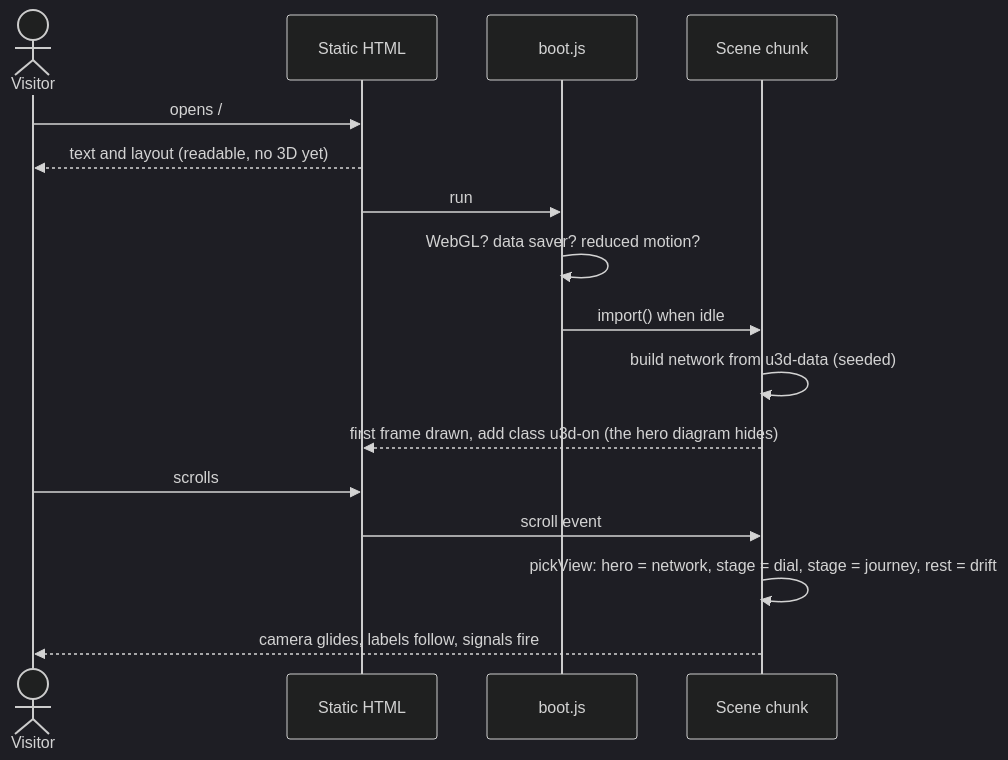
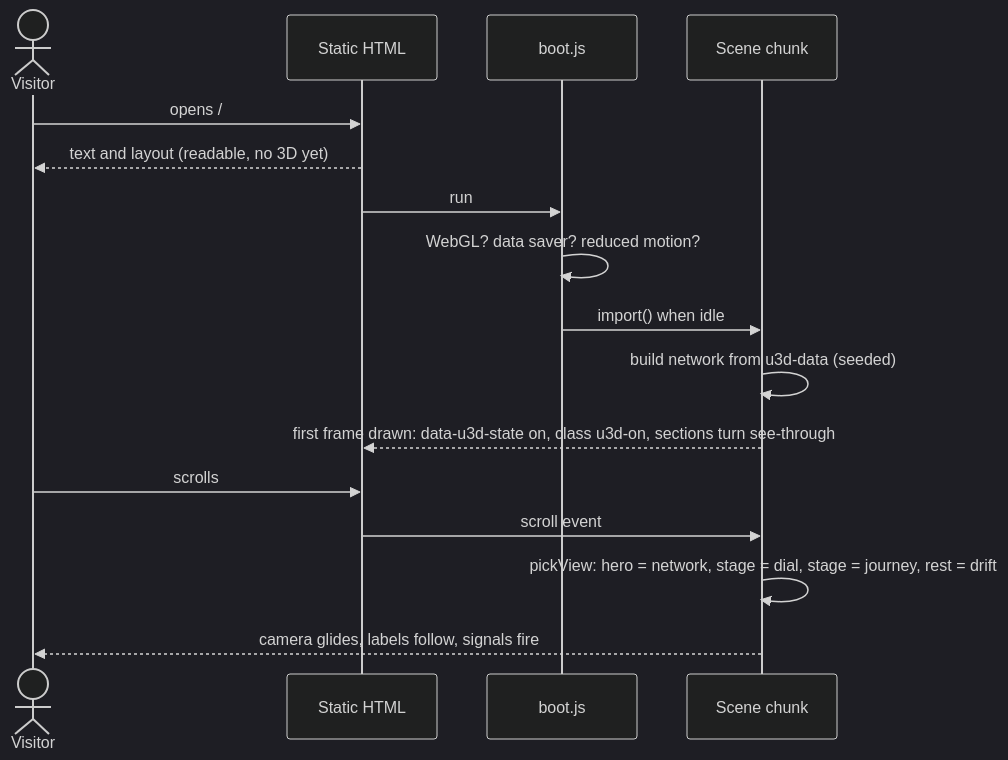
Before and after one commit to TechNaom/technaom.github.io: the third of 3 diagrams in docs/orbit/architecture.md, drawn with Mermaid (dark theme). The commit also changed other lines of this file and 3 other files, not shown here.

````diff
--- a/docs/orbit/architecture.md
+++ b/docs/orbit/architecture.md
@@ -54,18 +55,18 @@
 ```mermaid
 sequenceDiagram
   actor V as Visitor
   participant H as Static HTML
   participant B as boot.js
   participant S as Scene chunk
   V->>H: opens /
   H-->>V: text and layout (readable, no 3D yet)
   H->>B: run
   B->>B: WebGL? data saver? reduced motion?
   B->>S: import() when idle
   S->>S: build network from u3d-data (seeded)
-  S-->>H: first frame drawn, add class u3d-on (the hero diagram hides)
+  S-->>H: first frame drawn: data-u3d-state on, class u3d-on, sections turn see-through
   V->>H: scrolls
   H->>S: scroll event
   S->>S: pickView: hero = network, stage = dial, stage = journey, rest = drift
   S-->>V: camera glides, labels follow, signals fire
 ```
````
